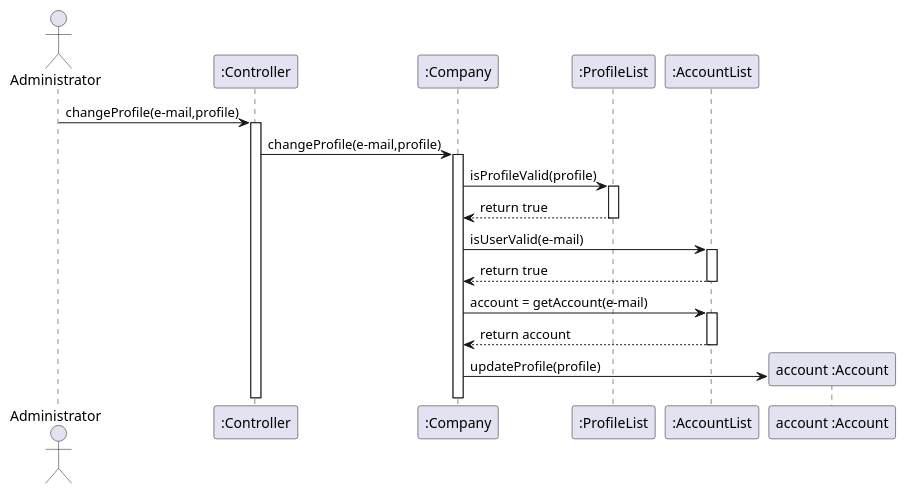
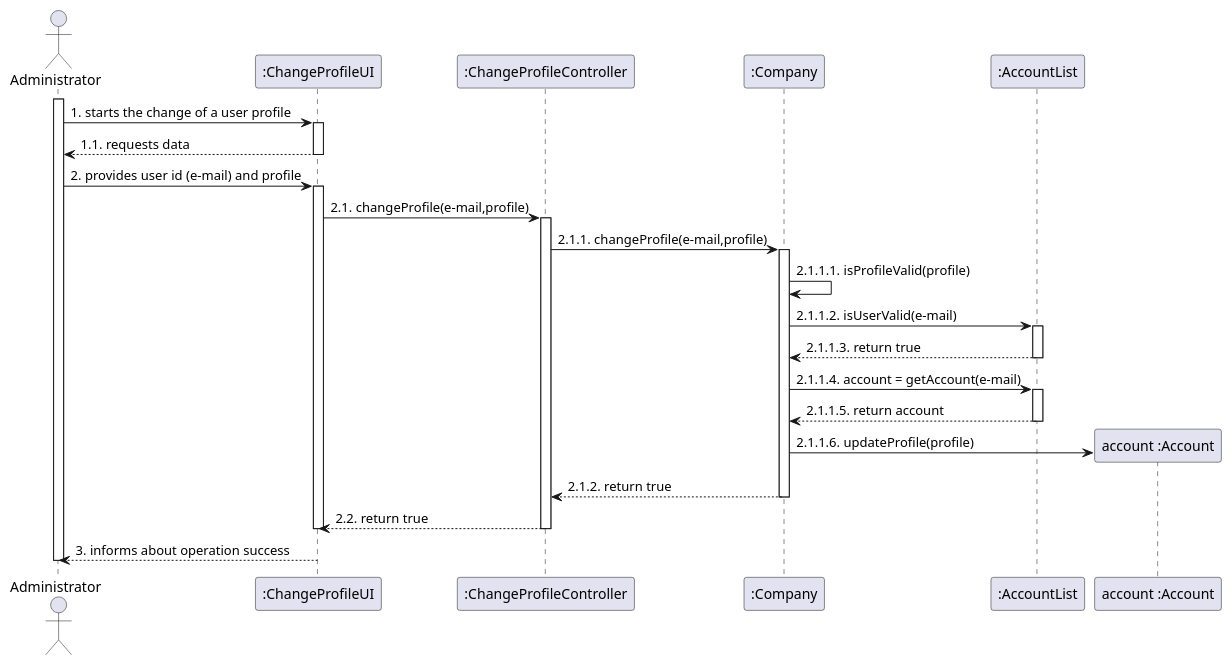
Before and after one commit to Loracline/project_switch_22-23: the diagram in docs/modelling_design/user_stories/us003/US003_Sequence_Diagram.puml, drawn with PlantUML.

Commit message:
US003 : Design : Updated Sequence Diagram (Use Case: TO CHANGE PROFILE).

```diff
--- a/docs/modelling_design/user_stories/us003/US003_Sequence_Diagram.puml
+++ b/docs/modelling_design/user_stories/us003/US003_Sequence_Diagram.puml
@@ -2,38 +2,47 @@
 @startuml
 'https://plantuml.com/sequence-diagram
 /'autonumber'/
 actor Administrator
-participant ":Controller" as Controller
+participant ":ChangeProfileUI" as ui
+participant ":ChangeProfileController" as Controller
 participant ":Company" as company
-participant ":ProfileList" as profileList
 participant ":AccountList" as userList
 participant "account :Account" as account
 
-
-Administrator -> Controller: changeProfile(e-mail,profile)
+activate Administrator
+Administrator -> ui: 1. starts the change of a user profile
+activate ui
+Administrator <-- ui: 1.1. requests data
+deactivate ui
+Administrator -> ui: 2. provides user id (e-mail) and profile
+activate ui
+ui -> Controller: 2.1. changeProfile(e-mail,profile)
 activate Controller
-Controller -> company: changeProfile(e-mail,profile)
+Controller -> company: 2.1.1. changeProfile(e-mail,profile)
 activate company
-company -> profileList: isProfileValid(profile)
-activate profileList
-profileList --> company: return true
-deactivate profileList
-company -> userList: isUserValid(e-mail)
+company -> company: 2.1.1.1. isProfileValid(profile)
+company -> userList: 2.1.1.2. isUserValid(e-mail)
 activate userList
-userList --> company: return true
+userList --> company: 2.1.1.3. return true
 deactivate userList
-company -> userList: account = getAccount(e-mail)
+company -> userList: 2.1.1.4. account = getAccount(e-mail)
 activate userList
-userList --> company: return account
+userList --> company: 2.1.1.5. return account
 deactivate userList
-
 create account
-company -> account: updateProfile(profile)
+company -> account: 2.1.1.6. updateProfile(profile)
+company --> Controller: 2.1.2. return true
+deactivate company
+Controller --> ui: 2.2. return true
+deactivate Controller
+deactivate ui
+ui --> Administrator: 3. informs about operation success
+deactivate Administrator
 
 /'Controller -> Controller: isUserValid (e-mail)
 Controller -> Controller: isProfileValid (profile)
 
 Controller --> account: changeProfile (e-mail, profile)'/
 
 
 @enduml
```
